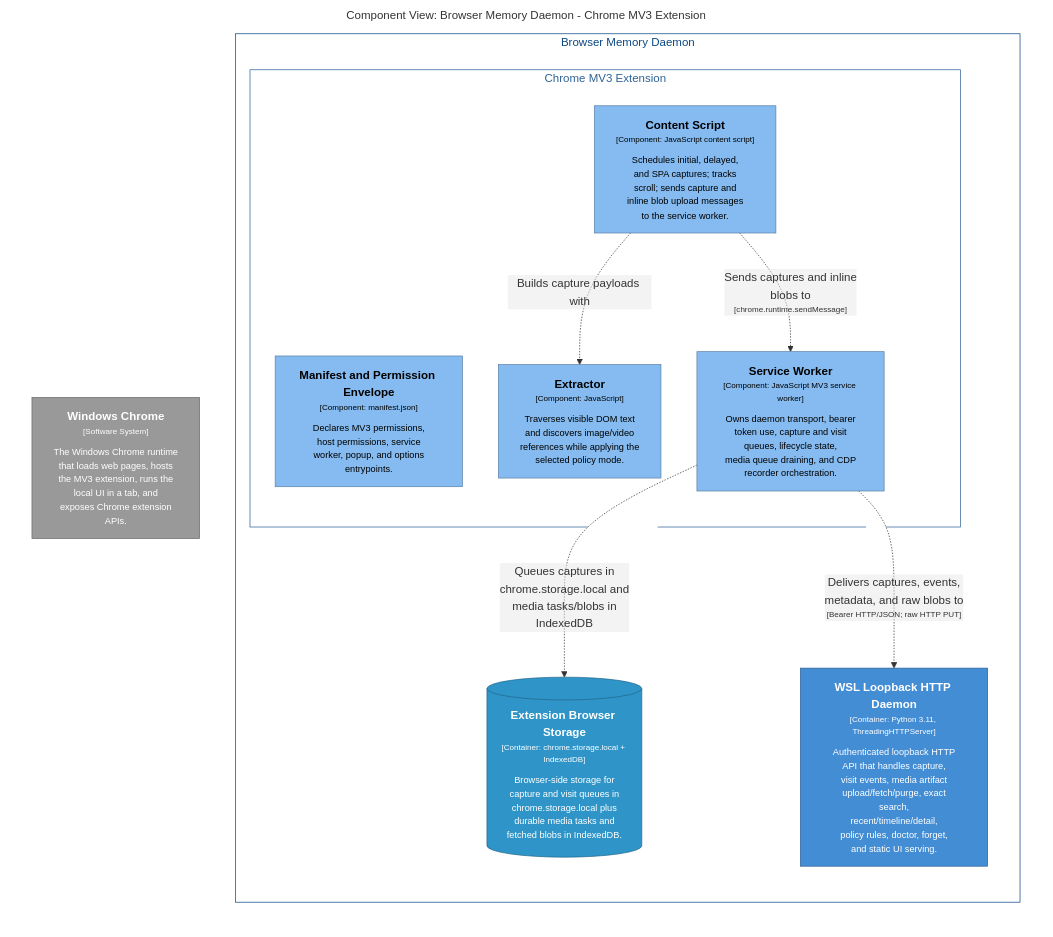
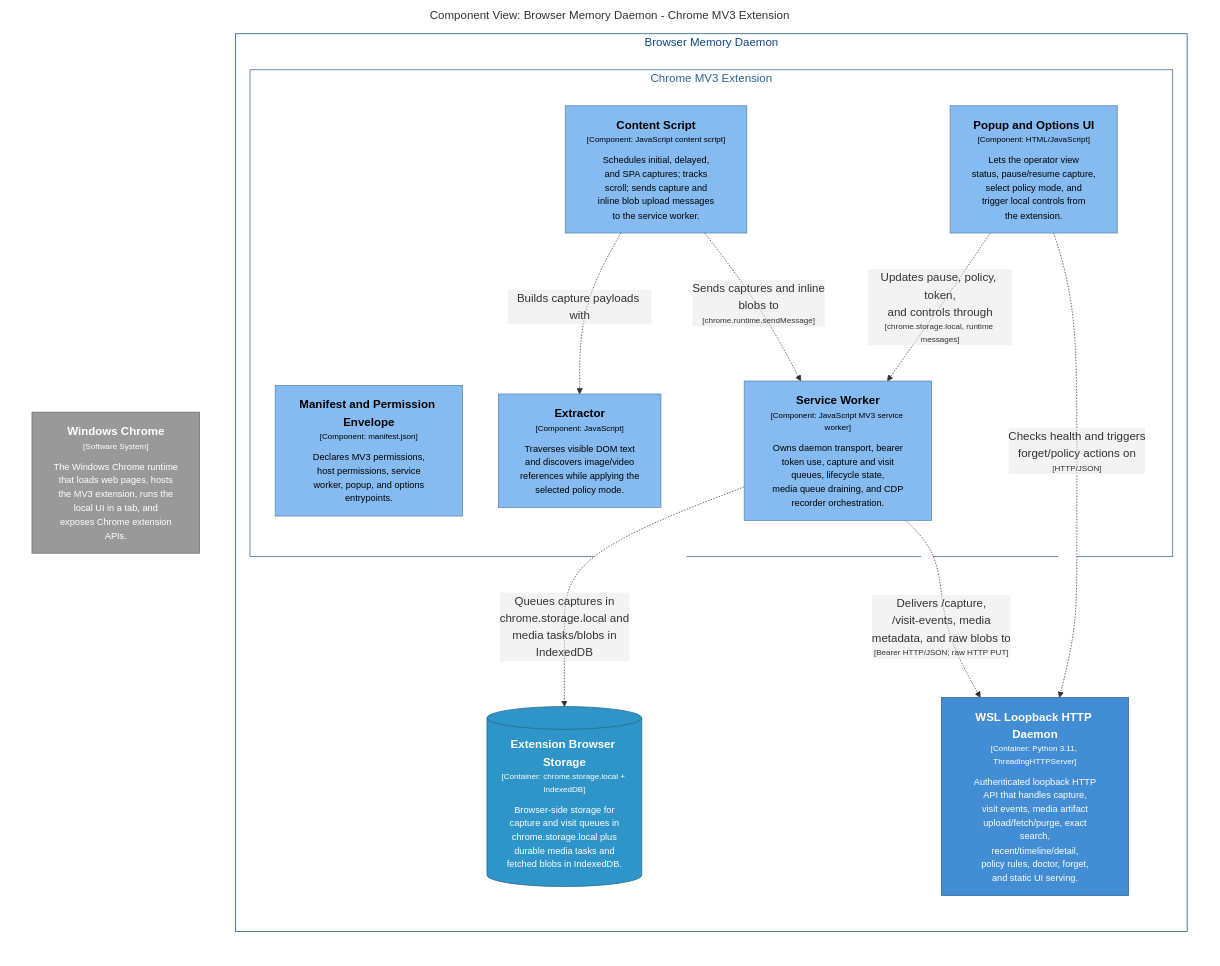
The diagram in architecture/diagrams/markdown/ExtensionCaptureComponents.md (michaelnicks0/browser-memory-daemon), drawn with Mermaid before and after one commit. The commit also changed 105 other files, not shown here.

Commit message:
docs: reconcile C4 and behavioral diagrams

````diff
--- a/architecture/diagrams/markdown/ExtensionCaptureComponents.md
+++ b/architecture/diagrams/markdown/ExtensionCaptureComponents.md
@@ -16,39 +16,43 @@
 ```mermaid
 graph LR
   linkStyle default fill:#ffffff
 
   subgraph diagram ["Component View: Browser Memory Daemon - Chrome MV3 Extension"]
     style diagram fill:#ffffff,stroke:#ffffff
 
     2["<div style='font-weight: bold'>Windows Chrome</div><div style='font-size: 70%; margin-top: 0px'>[Software System]</div><div style='font-size: 80%; margin-top:10px'>The Windows Chrome runtime<br />that loads web pages, hosts<br />the MV3 extension, runs the<br />local UI in a tab, and<br />exposes Chrome extension<br />APIs.</div>"]
     style 2 fill:#999999,stroke:#6b6b6b,color:#ffffff
 
     subgraph 4 ["Browser Memory Daemon"]
       style 4 fill:#ffffff,stroke:#0b4884,color:#0b4884
 
       subgraph 5 ["Chrome MV3 Extension"]
         style 5 fill:#ffffff,stroke:#2e6295,color:#2e6295
 
+        12["<div style='font-weight: bold'>Popup and Options UI</div><div style='font-size: 70%; margin-top: 0px'>[Component: HTML/JavaScript]</div><div style='font-size: 80%; margin-top:10px'>Lets the operator view<br />status, pause/resume capture,<br />select policy mode, and<br />trigger local controls from<br />the extension.</div>"]
+        style 12 fill:#85bbf0,stroke:#5d82a8,color:#000000
         6["<div style='font-weight: bold'>Manifest and Permission Envelope</div><div style='font-size: 70%; margin-top: 0px'>[Component: manifest.json]</div><div style='font-size: 80%; margin-top:10px'>Declares MV3 permissions,<br />host permissions, service<br />worker, popup, and options<br />entrypoints.</div>"]
         style 6 fill:#85bbf0,stroke:#5d82a8,color:#000000
         7["<div style='font-weight: bold'>Extractor</div><div style='font-size: 70%; margin-top: 0px'>[Component: JavaScript]</div><div style='font-size: 80%; margin-top:10px'>Traverses visible DOM text<br />and discovers image/video<br />references while applying the<br />selected policy mode.</div>"]
         style 7 fill:#85bbf0,stroke:#5d82a8,color:#000000
         8["<div style='font-weight: bold'>Content Script</div><div style='font-size: 70%; margin-top: 0px'>[Component: JavaScript content script]</div><div style='font-size: 80%; margin-top:10px'>Schedules initial, delayed,<br />and SPA captures; tracks<br />scroll; sends capture and<br />inline blob upload messages<br />to the service worker.</div>"]
         style 8 fill:#85bbf0,stroke:#5d82a8,color:#000000
         9["<div style='font-weight: bold'>Service Worker</div><div style='font-size: 70%; margin-top: 0px'>[Component: JavaScript MV3 service worker]</div><div style='font-size: 80%; margin-top:10px'>Owns daemon transport, bearer<br />token use, capture and visit<br />queues, lifecycle state,<br />media queue draining, and CDP<br />recorder orchestration.</div>"]
         style 9 fill:#85bbf0,stroke:#5d82a8,color:#000000
       end
 
       13[("<div style='font-weight: bold'>Extension Browser Storage</div><div style='font-size: 70%; margin-top: 0px'>[Container: chrome.storage.local + IndexedDB]</div><div style='font-size: 80%; margin-top:10px'>Browser-side storage for<br />capture and visit queues in<br />chrome.storage.local plus<br />durable media tasks and<br />fetched blobs in IndexedDB.</div>")]
       style 13 fill:#2f95c8,stroke:#20688c,color:#ffffff
       14["<div style='font-weight: bold'>WSL Loopback HTTP Daemon</div><div style='font-size: 70%; margin-top: 0px'>[Container: Python 3.11, ThreadingHTTPServer]</div><div style='font-size: 80%; margin-top:10px'>Authenticated loopback HTTP<br />API that handles capture,<br />visit events, media artifact<br />upload/fetch/purge, exact<br />search,<br />recent/timeline/detail,<br />policy rules, doctor, forget,<br />and static UI serving.</div>"]
       style 14 fill:#438dd5,stroke:#2e6295,color:#ffffff
     end
 
     8-. "<div>Builds capture payloads with</div><div style='font-size: 70%'></div>" .->7
     8-. "<div>Sends captures and inline<br />blobs to</div><div style='font-size: 70%'>[chrome.runtime.sendMessage]</div>" .->9
     9-. "<div>Queues captures in<br />chrome.storage.local and<br />media tasks/blobs in<br />IndexedDB</div><div style='font-size: 70%'></div>" .->13
-    9-. "<div>Delivers captures, events,<br />metadata, and raw blobs to</div><div style='font-size: 70%'>[Bearer HTTP/JSON; raw HTTP PUT]</div>" .->14
+    9-. "<div>Delivers /capture,<br />/visit-events, media<br />metadata, and raw blobs to</div><div style='font-size: 70%'>[Bearer HTTP/JSON; raw HTTP PUT]</div>" .->14
+    12-. "<div>Updates pause, policy, token,<br />and controls through</div><div style='font-size: 70%'>[chrome.storage.local, runtime messages]</div>" .->9
+    12-. "<div>Checks health and triggers<br />forget/policy actions on</div><div style='font-size: 70%'>[HTTP/JSON]</div>" .->14
 
   end
 ```
````
